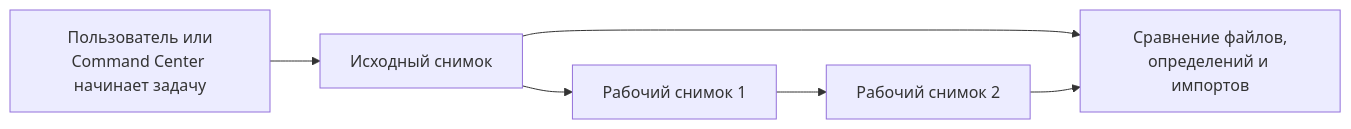
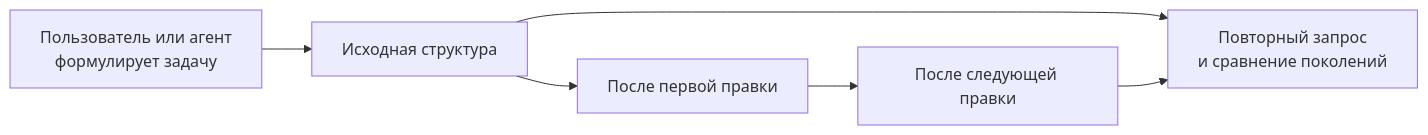
The fifth of 5 diagrams in PRESENTATION.md (Vkuvalin/project-kb), drawn with Mermaid before and after one commit. The commit also changed other lines of this file and 4 other files, not shown here.

````diff
--- a/PRESENTATION.md
+++ b/PRESENTATION.md
@@ -326,8 +326,8 @@
 ```mermaid
 flowchart LR
-    Start["Пользователь или<br/>Command Center начинает задачу"] --> Base["Исходный снимок"]
-    Base --> W1["Рабочий снимок 1"]
-    W1 --> W2["Рабочий снимок 2"]
-    Base --> Diff["Сравнение файлов,<br/>определений и импортов"]
+    Start["Пользователь или агент<br/>формулирует задачу"] --> Base["Исходная структура"]
+    Base --> W1["После первой правки"]
+    W1 --> W2["После следующей правки"]
+    Base --> Diff["Повторный запрос<br/>и сравнение поколений"]
     W2 --> Diff
 ```
````
